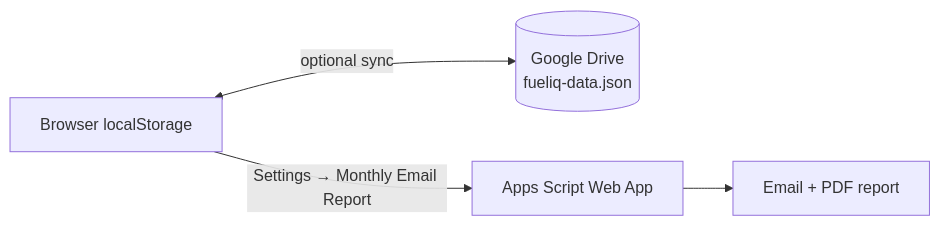
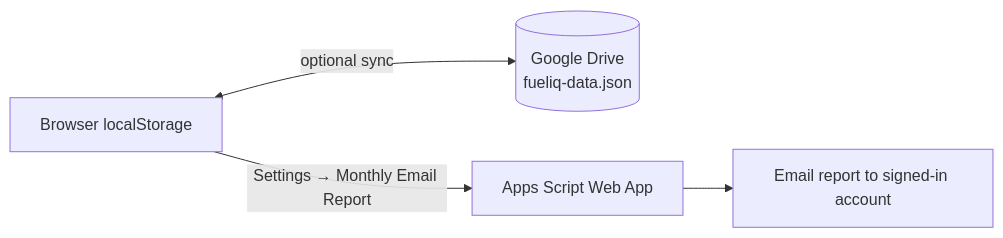
Before and after one commit to Biseshkrmahato/Fuel: the diagram in README.md, drawn with Mermaid. The commit also changed other lines of this file, not shown here.

````diff
--- a/README.md
+++ b/README.md
@@ -130,6 +143,6 @@
 ```mermaid
 flowchart LR
     A[Browser localStorage] <-->|optional sync| B[(Google Drive<br/>fueliq-data.json)]
     A -->|Settings → Monthly Email Report| C[Apps Script Web App]
-    C --> D[Email + PDF report]
+    C --> D[Email report to signed-in account]
 ```
````
